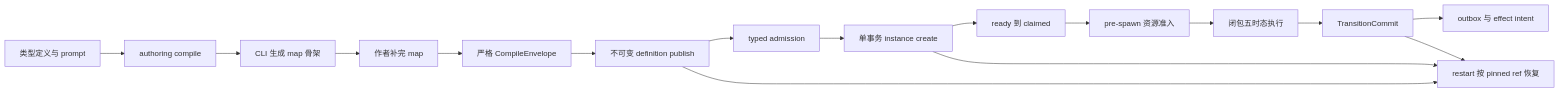
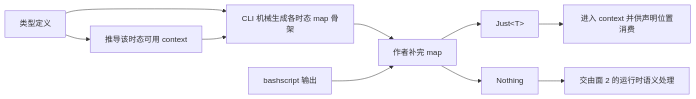
The fourth of 6 diagrams in v3-issue/A.md (mouriya-s-lab/coder-loop), drawn with Mermaid before and after one commit. The commit also changed other lines of this file, not shown here.

````diff
--- a/v3-issue/A.md
+++ b/v3-issue/A.md
@@ -1084,18 +1115,12 @@
 ```mermaid
 flowchart LR
-    S[类型定义与 prompt] --> A[authoring compile]
-    A --> G[CLI 生成 map 骨架]
-    G --> F[作者补完 map]
-    F --> C[严格 CompileEnvelope]
-    C --> P[不可变 definition publish]
-    P --> I[typed admission]
-    I --> T[单事务 instance create]
-    T --> Q[ready 到 claimed]
-    Q --> R[pre-spawn 资源准入]
-    R --> X[闭包五时态执行]
-    X --> K[TransitionCommit]
-    K --> O[outbox 与 effect intent]
-    P --> Z[restart 按 pinned ref 恢复]
-    T --> Z
-    K --> Z
+    T[类型定义] --> G[CLI 机械生成各时态 map 骨架]
+    T --> C[推导该时态可用 context]
+    C --> G
+    G --> M[作者补完 map]
+    B[bashscript 输出] --> M
+    M --> J[Just&lt;T&gt;]
+    M --> N[Nothing]
+    J --> V[进入 context 并供声明位置消费]
+    N --> R[交由面 2 的运行时语义处理]
 ```
````
